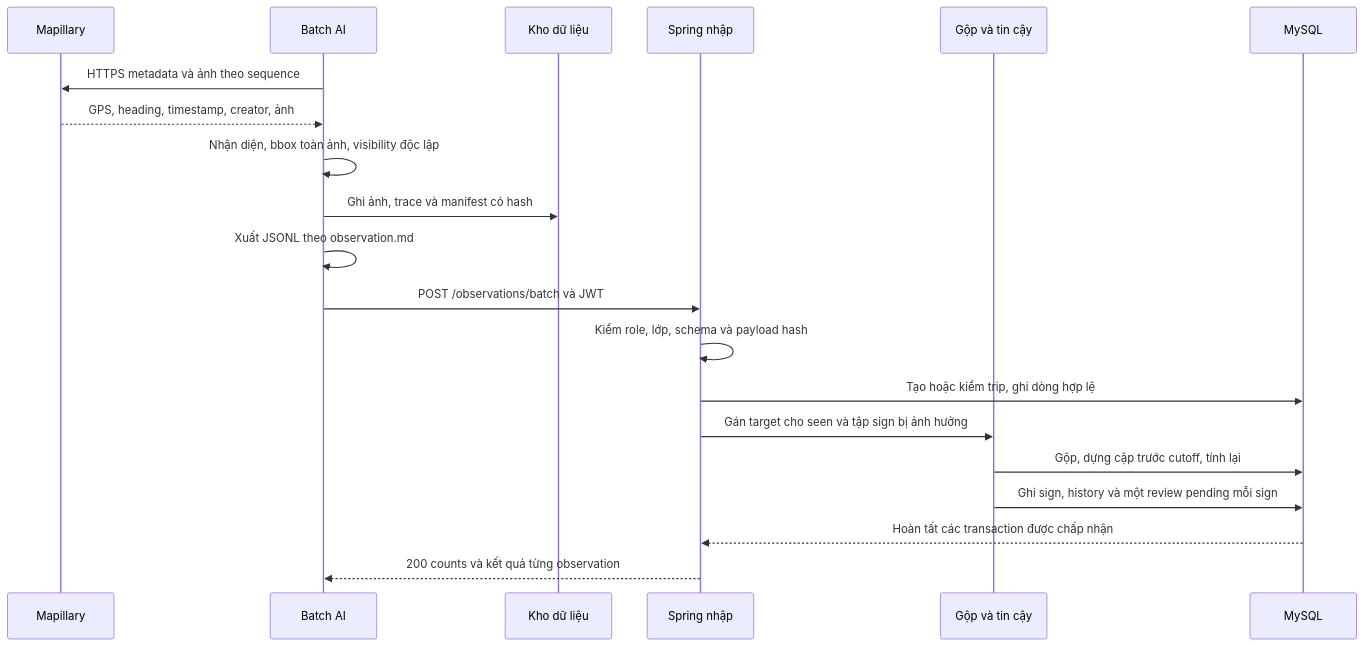
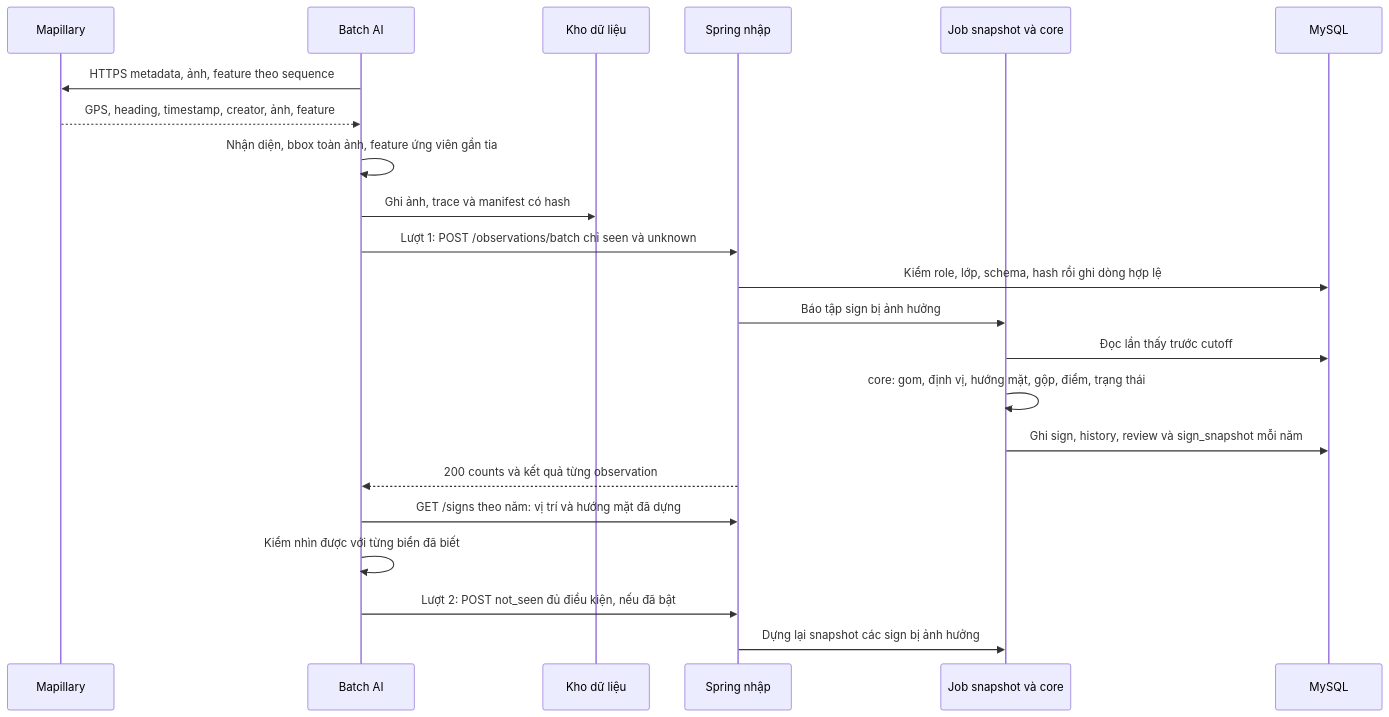
The second of 6 diagrams in docs/architecture.md (hana200804/livesign), drawn with Mermaid before and after one commit. The commit also changed other lines of this file and 11 other files, not shown here.

First line of the commit message:
docs: kiến trúc 1.2 — core dùng chung, snapshot dựng sẵn, phát lại cục bộ

````diff
--- a/docs/architecture.md
+++ b/docs/architecture.md
@@ -61,22 +88,24 @@
 ```mermaid
 sequenceDiagram
   participant Source as Mapillary
   participant AI as Batch AI
   participant Files as Kho dữ liệu
   participant API as Spring nhập
-  participant Logic as Gộp và tin cậy
+  participant Job as Job snapshot và core
   participant DB as MySQL
-  AI->>Source: HTTPS metadata và ảnh theo sequence
-  Source-->>AI: GPS, heading, timestamp, creator, ảnh
-  AI->>AI: Nhận diện, bbox toàn ảnh, visibility độc lập
+  AI->>Source: HTTPS metadata, ảnh, feature theo sequence
+  Source-->>AI: GPS, heading, timestamp, creator, ảnh, feature
+  AI->>AI: Nhận diện, bbox toàn ảnh, feature ứng viên gần tia
   AI->>Files: Ghi ảnh, trace và manifest có hash
-  AI->>AI: Xuất JSONL theo observation.md
-  AI->>API: POST /observations/batch và JWT
-  API->>API: Kiểm role, lớp, schema và payload hash
-  API->>DB: Tạo hoặc kiểm trip, ghi dòng hợp lệ
-  API->>Logic: Gán target cho seen và tập sign bị ảnh hưởng
-  Logic->>DB: Gộp, dựng cặp trước cutoff, tính lại
-  Logic->>DB: Ghi sign, history và một review pending mỗi sign
-  DB-->>API: Hoàn tất các transaction được chấp nhận
+  AI->>API: Lượt 1: POST /observations/batch chỉ seen và unknown
+  API->>DB: Kiểm role, lớp, schema, hash rồi ghi dòng hợp lệ
+  API->>Job: Báo tập sign bị ảnh hưởng
+  Job->>DB: Đọc lần thấy trước cutoff
+  Job->>Job: core: gom, định vị, hướng mặt, gộp, điểm, trạng thái
+  Job->>DB: Ghi sign, history, review và sign_snapshot mỗi năm
   API-->>AI: 200 counts và kết quả từng observation
+  AI->>API: GET /signs theo năm: vị trí và hướng mặt đã dựng
+  AI->>AI: Kiểm nhìn được với từng biển đã biết
+  AI->>API: Lượt 2: POST not_seen đủ điều kiện, nếu đã bật
+  API->>Job: Dựng lại snapshot các sign bị ảnh hưởng
 ```
````
